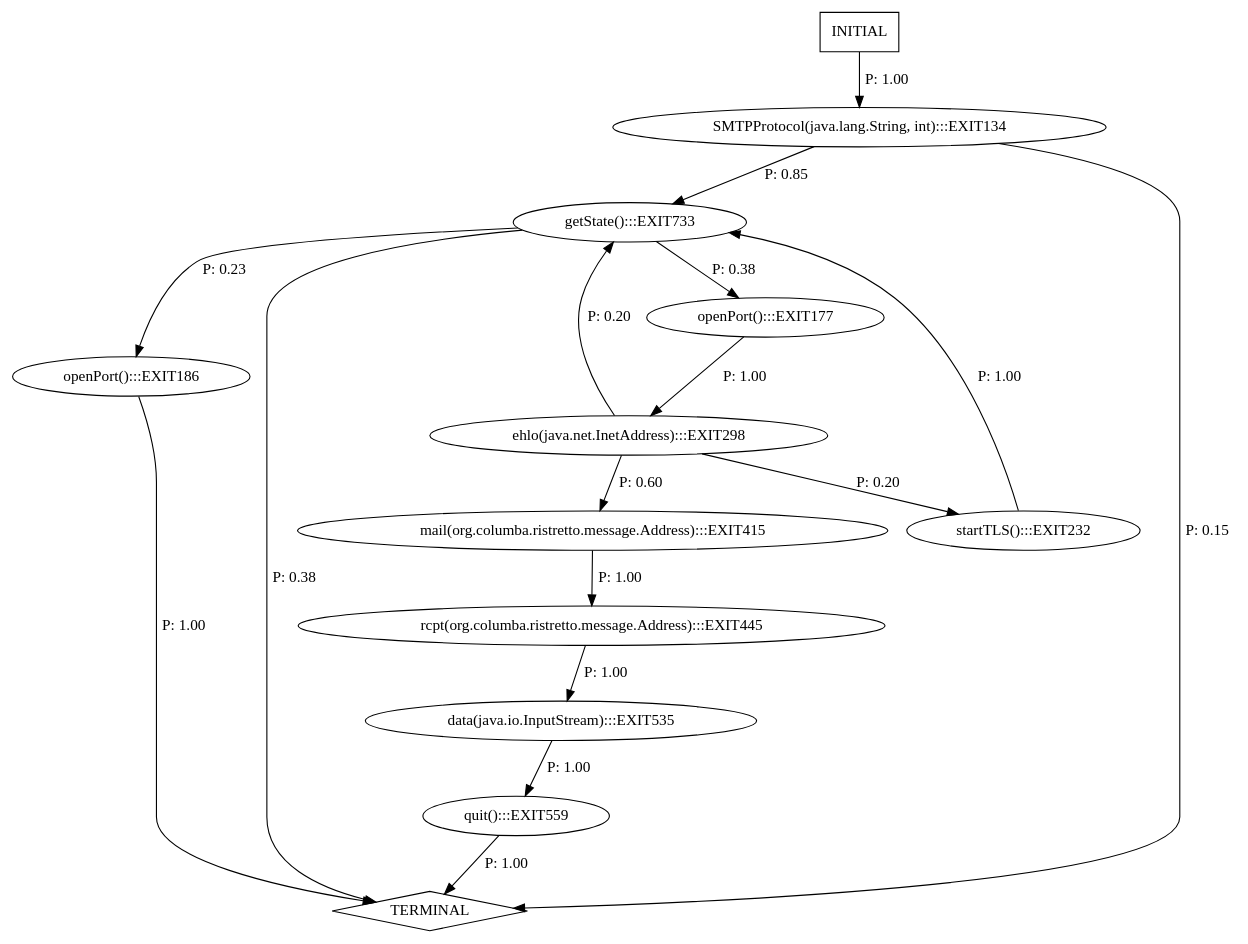
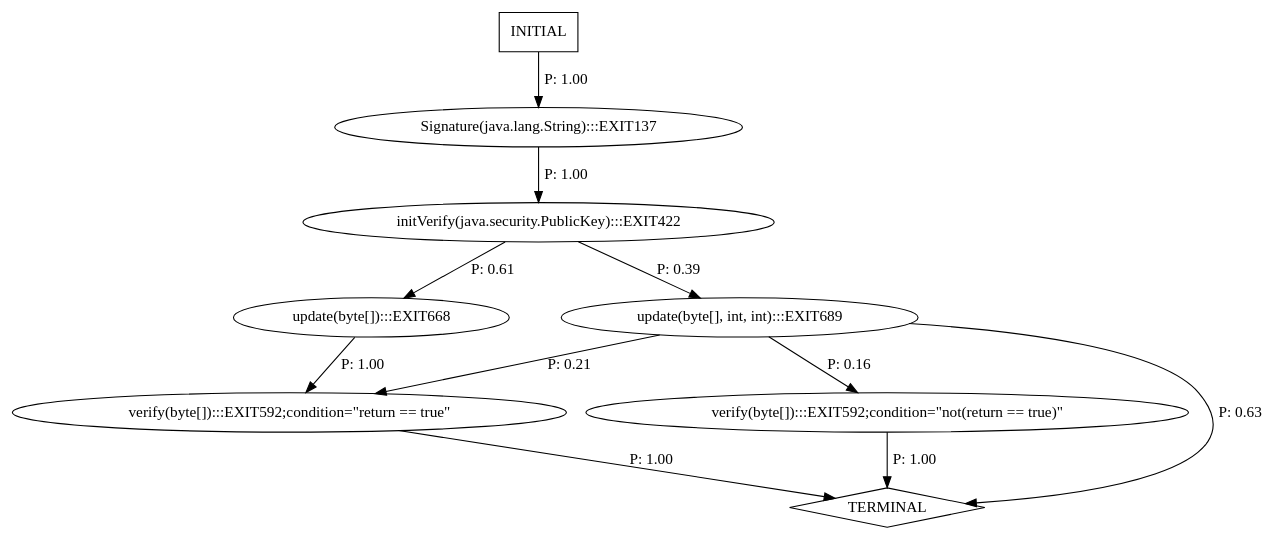
Before and after one commit to annadeng/Universal-Model-Inference: the diagram in bestchai-perfume-frontend-85f927d03b0c/tmp/synoptictest.dot, drawn with Graphviz. The commit also changed 13 other files, not shown here.

```diff
--- a/bestchai-perfume-frontend-85f927d03b0c/tmp/synoptictest.dot
+++ b/bestchai-perfume-frontend-85f927d03b0c/tmp/synoptictest.dot
@@ -1,30 +1,20 @@
 digraph G {
-  0 [label="SMTPProtocol(java.lang.String, int):::EXIT134"];
-  1 [label="data(java.io.InputStream):::EXIT535"];
-  2 [label="ehlo(java.net.InetAddress):::EXIT298"];
-  3 [label="getState():::EXIT733"];
-  4 [label="mail(org.columba.ristretto.message.Address):::EXIT415"];
-  5 [label="openPort():::EXIT177"];
-  6 [label="openPort():::EXIT186"];
-  7 [label="quit():::EXIT559"];
-  8 [label="rcpt(org.columba.ristretto.message.Address):::EXIT445"];
-  9 [label="startTLS():::EXIT232"];
-  10 [label="TERMINAL",shape=diamond];
-  11 [label="INITIAL",shape=box];
-0->3 [label="P: 0.85"];
-0->10 [label="P: 0.15"];
-1->7 [label="P: 1.00"];
-2->3 [label="P: 0.20"];
-2->4 [label="P: 0.60"];
-2->9 [label="P: 0.20"];
-3->5 [label="P: 0.38"];
-3->6 [label="P: 0.23"];
-3->10 [label="P: 0.38"];
-4->8 [label="P: 1.00"];
-5->2 [label="P: 1.00"];
-6->10 [label="P: 1.00"];
-7->10 [label="P: 1.00"];
-8->1 [label="P: 1.00"];
-9->3 [label="P: 1.00"];
-11->0 [label="P: 1.00"];
+  0 [label="Signature(java.lang.String):::EXIT137"];
+  1 [label="initVerify(java.security.PublicKey):::EXIT422"];
+  2 [label="update(byte[]):::EXIT668"];
+  3 [label="update(byte[], int, int):::EXIT689"];
+  4 [label="verify(byte[]):::EXIT592;condition=\"not(return == true)\""];
+  5 [label="verify(byte[]):::EXIT592;condition=\"return == true\""];
+  6 [label="TERMINAL",shape=diamond];
+  7 [label="INITIAL",shape=box];
+0->1 [label="P: 1.00"];
+1->2 [label="P: 0.61"];
+1->3 [label="P: 0.39"];
+2->5 [label="P: 1.00"];
+3->4 [label="P: 0.16"];
+3->5 [label="P: 0.21"];
+3->6 [label="P: 0.63"];
+4->6 [label="P: 1.00"];
+5->6 [label="P: 1.00"];
+7->0 [label="P: 1.00"];
 }
```
